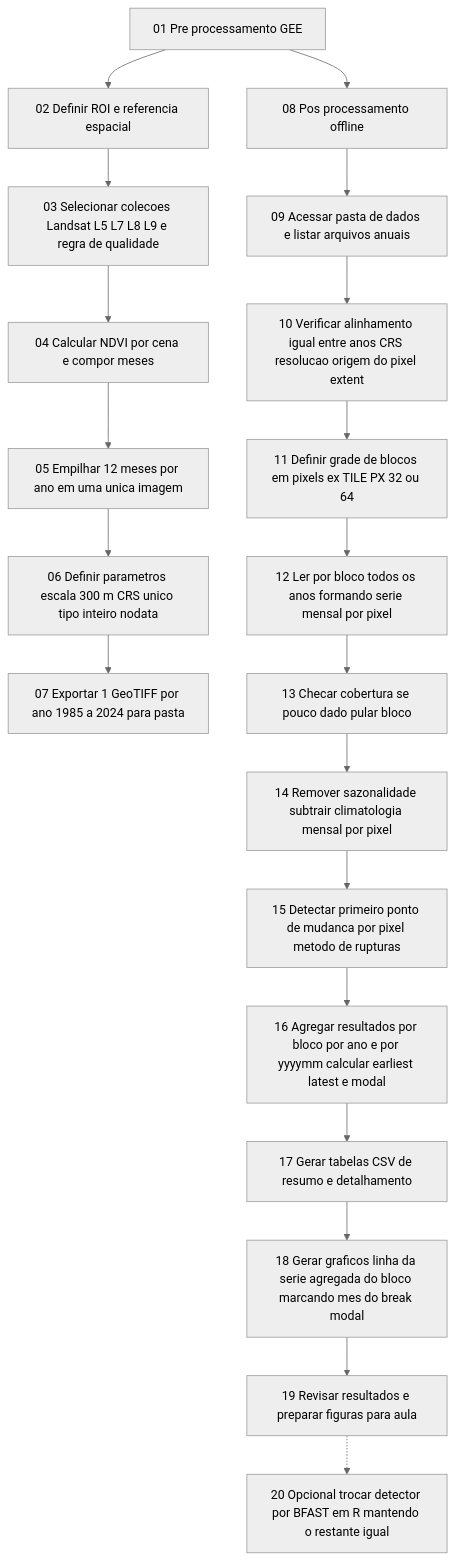
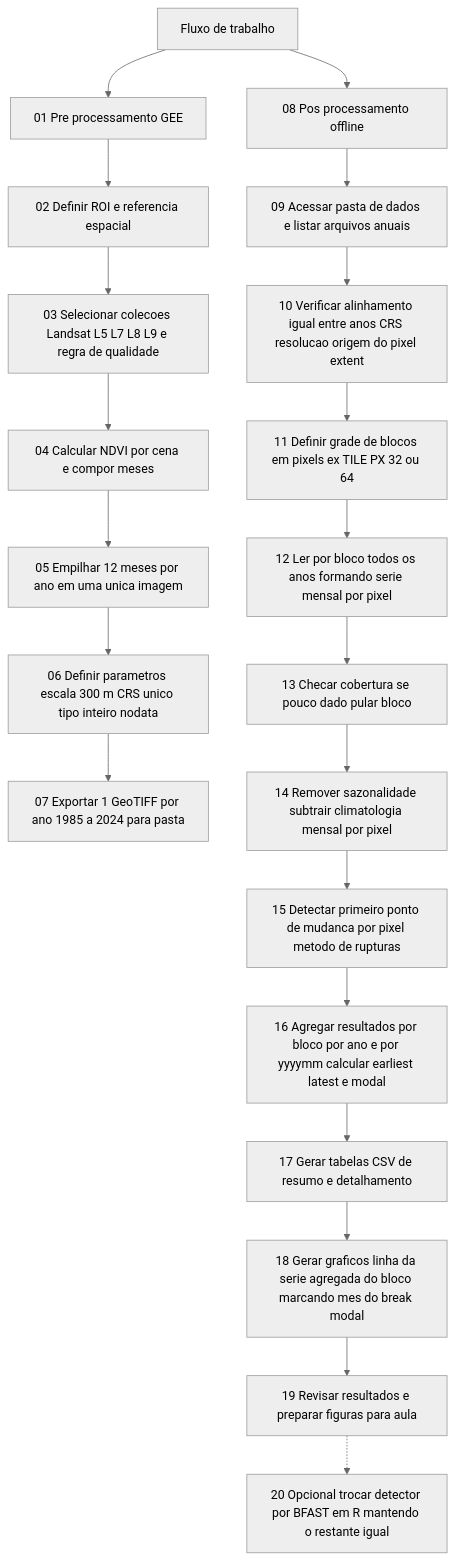
One commit to CheilaBaiao/GEE_SR changed the diagram in README.md. Above: the diagram before and after it, drawn with Mermaid (neutral theme).

````diff
--- a/README.md
+++ b/README.md
@@ -1,23 +1,24 @@
 ```mermaid
 graph TD
-  A00[01 Pre processamento GEE] --> A01[02 Definir ROI e referencia espacial]
-  A01 --> A02[03 Selecionar colecoes Landsat L5 L7 L8 L9 e regra de qualidade]
-  A02 --> A03[04 Calcular NDVI por cena e compor meses]
-  A03 --> A04[05 Empilhar 12 meses por ano em uma unica imagem]
-  A04 --> A05[06 Definir parametros escala 300 m CRS unico tipo inteiro nodata]
-  A05 --> A06[07 Exportar 1 GeoTIFF por ano 1985 a 2024 para pasta]
-  A00[01 Pre processamento GEE]--> B00[08 Pos processamento offline]
+  A00[Fluxo de trabalho] --> A01[01 Pre processamento GEE]
+  A01 --> A02[02 Definir ROI e referencia espacial]
+  A02 --> A03[03 Selecionar colecoes Landsat L5 L7 L8 L9 e regra de qualidade]
+  A03 --> A04[04 Calcular NDVI por cena e compor meses]
+  A04 --> A05[05 Empilhar 12 meses por ano em uma unica imagem]
+  A05 --> A06[06 Definir parametros escala 300 m CRS unico tipo inteiro nodata]
+  A06 --> A07[07 Exportar 1 GeoTIFF por ano 1985 a 2024 para pasta]
+  A00--> B00[08 Pos processamento offline]
 
   B00 --> B01[09 Acessar pasta de dados e listar arquivos anuais]
   B01 --> B02[10 Verificar alinhamento igual entre anos CRS resolucao origem do pixel extent]
   B02 --> B03[11 Definir grade de blocos em pixels ex TILE PX 32 ou 64]
   B03 --> B04[12 Ler por bloco todos os anos formando serie mensal por pixel]
   B04 --> B05[13 Checar cobertura se pouco dado pular bloco]
   B05 --> B06[14 Remover sazonalidade subtrair climatologia mensal por pixel]
   B06 --> B07[15 Detectar primeiro ponto de mudanca por pixel metodo de rupturas]
   B07 --> B08[16 Agregar resultados por bloco por ano e por yyyymm calcular earliest latest e modal]
   B08 --> B09[17 Gerar tabelas CSV de resumo e detalhamento]
   B09 --> B10[18 Gerar graficos linha da serie agregada do bloco marcando mes do break modal]
   B10 --> B11[19 Revisar resultados e preparar figuras para aula]
   B11 -.-> C00[20 Opcional trocar detector por BFAST em R mantendo o restante igual]
 ```
````
